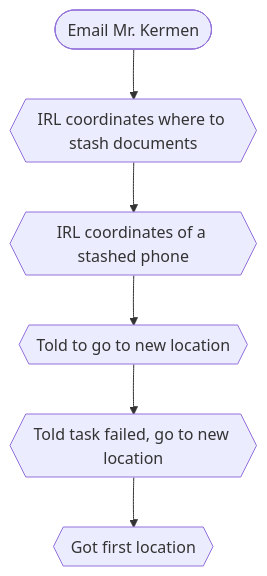
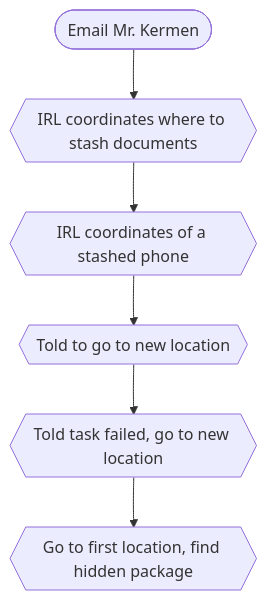
Before and after one commit to 3ncy/ARRS-s5: the diagram in irl2-tracker.md, drawn with Mermaid. The commit also changed other lines of this file, not shown here.

````diff
--- a/irl2-tracker.md
+++ b/irl2-tracker.md
@@ -4,8 +4,8 @@
 ```mermaid
 graph TD;
     email(["Email Mr. Kermen"]) --> irl2{{IRL coordinates where to stash documents}};
     irl2 --> irl3{{IRL coordinates of a stashed phone}};
     irl3 --> irl4{{Told to go to new location}};
     irl4 --> irl5{{Told task failed, go to new location}};
-    irl5 --> irl6{{Got first location}}
+    irl5 --> irl6{{Go to first location, find hidden package}}
 ```
````
